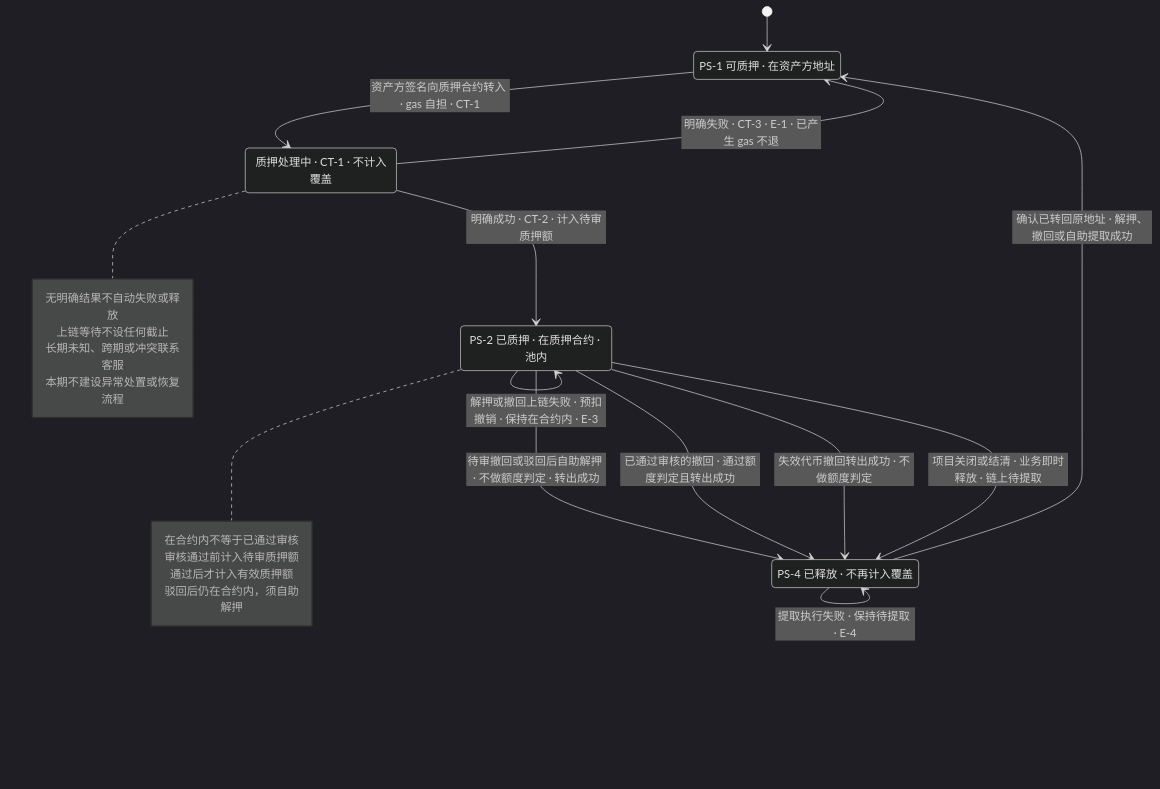
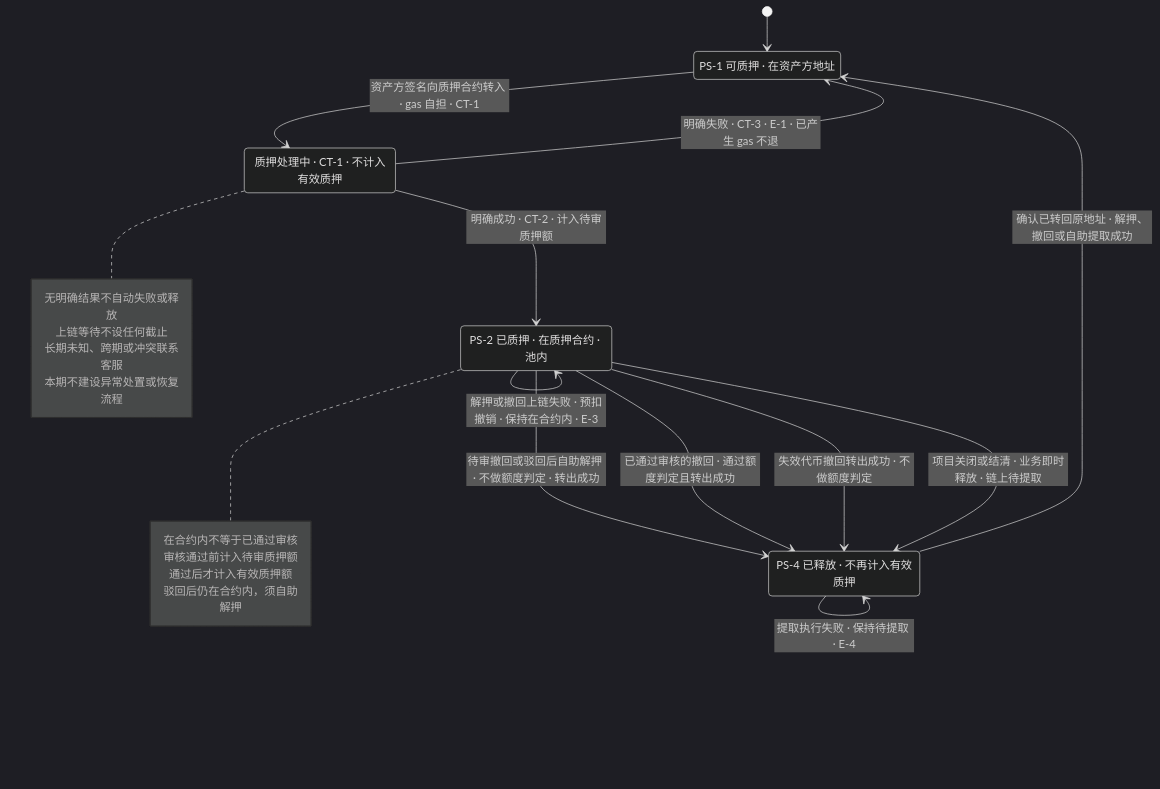
The ninth of 10 diagrams in lending-platform/PRD/面客端/05-借贷广场-融资需求与代币质押/02-融资需求与代币质押-流程图与状态机.md (wxblockchain/Chain-Financing), drawn with Mermaid (dark theme) before and after one commit. The commit also changed other lines of this file and 20 other files, not shown here.

````diff
--- a/lending-platform/PRD/面客端/05-借贷广场-融资需求与代币质押/02-融资需求与代币质押-流程图与状态机.md
+++ b/lending-platform/PRD/面客端/05-借贷广场-融资需求与代币质押/02-融资需求与代币质押-流程图与状态机.md
@@ -277,30 +277,30 @@
 ```mermaid
 stateDiagram-v2
   PS_1: PS-1 可质押 · 在资产方地址
   PS_2: PS-2 已质押 · 在质押合约 · 池内
-  PS_4: PS-4 已释放 · 不再计入覆盖
-  PROC: 质押处理中 · CT-1 · 不计入覆盖
+  PS_4: PS-4 已释放 · 不再计入有效质押
+  PROC: 质押处理中 · CT-1 · 不计入有效质押
   [*] --> PS_1
   PS_1 --> PROC: 资产方签名向质押合约转入 · gas 自担 · CT-1
   PROC --> PS_2: 明确成功 · CT-2 · 计入待审质押额
   PROC --> PS_1: 明确失败 · CT-3 · E-1 · 已产生 gas 不退
   note right of PS_2
     在合约内不等于已通过审核
     审核通过前计入待审质押额
     通过后才计入有效质押额
     驳回后仍在合约内，须自助解押
   end note
   note right of PROC
     无明确结果不自动失败或释放
     上链等待不设任何截止
     长期未知、跨期或冲突联系客服
     本期不建设异常处置或恢复流程
   end note
   PS_2 --> PS_4: 待审撤回或驳回后自助解押 · 不做额度判定 · 转出成功
   PS_2 --> PS_4: 已通过审核的撤回 · 通过额度判定且转出成功
   PS_2 --> PS_4: 失效代币撤回转出成功 · 不做额度判定
   PS_2 --> PS_4: 项目关闭或结清 · 业务即时释放 · 链上待提取
   PS_2 --> PS_2: 解押或撤回上链失败 · 预扣撤销 · 保持在合约内 · E-3
   PS_4 --> PS_1: 确认已转回原地址 · 解押、撤回或自助提取成功
   PS_4 --> PS_4: 提取执行失败 · 保持待提取 · E-4
 ```
````
